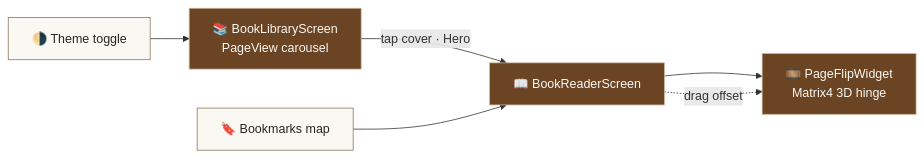
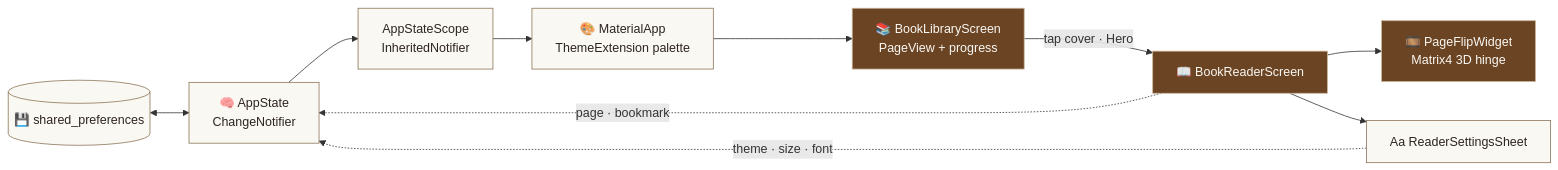
Before and after one commit to HammasT1/Animated_Book: the diagram in README.md, drawn with Mermaid. The commit also changed other lines of this file and 4 other files, not shown here.

````diff
--- a/README.md
+++ b/README.md
@@ -137,13 +208,17 @@
 ```mermaid
 flowchart LR
-    A["📚 BookLibraryScreen<br/>PageView carousel"] -- "tap cover · Hero" --> B["📖 BookReaderScreen"]
-    B --> C["🎞️ PageFlipWidget<br/>Matrix4 3D hinge"]
-    B -. "drag offset" .-> C
-    D["🌗 Theme toggle"] --> A
-    E["🔖 Bookmarks map"] --> B
+    P[("💾 shared_preferences")] <--> S["🧠 AppState<br/>ChangeNotifier"]
+    S --> Q["AppStateScope<br/>InheritedNotifier"]
+    Q --> M["🎨 MaterialApp<br/>ThemeExtension palette"]
+    M --> L["📚 BookLibraryScreen<br/>PageView + progress"]
+    L -- "tap cover · Hero" --> R["📖 BookReaderScreen"]
+    R --> F["🎞️ PageFlipWidget<br/>Matrix4 3D hinge"]
+    R --> T["Aa ReaderSettingsSheet"]
+    R -. "page · bookmark" .-> S
+    T -. "theme · size · font" .-> S
 
     classDef leather fill:#6B4423,stroke:#CBB69B,color:#FAF8F3
     classDef paper fill:#FAF8F3,stroke:#8B7355,color:#2C2420
-    class A,B,C leather
-    class D,E paper
+    class L,R,F leather
+    class P,S,Q,M,T paper
 ```
````
